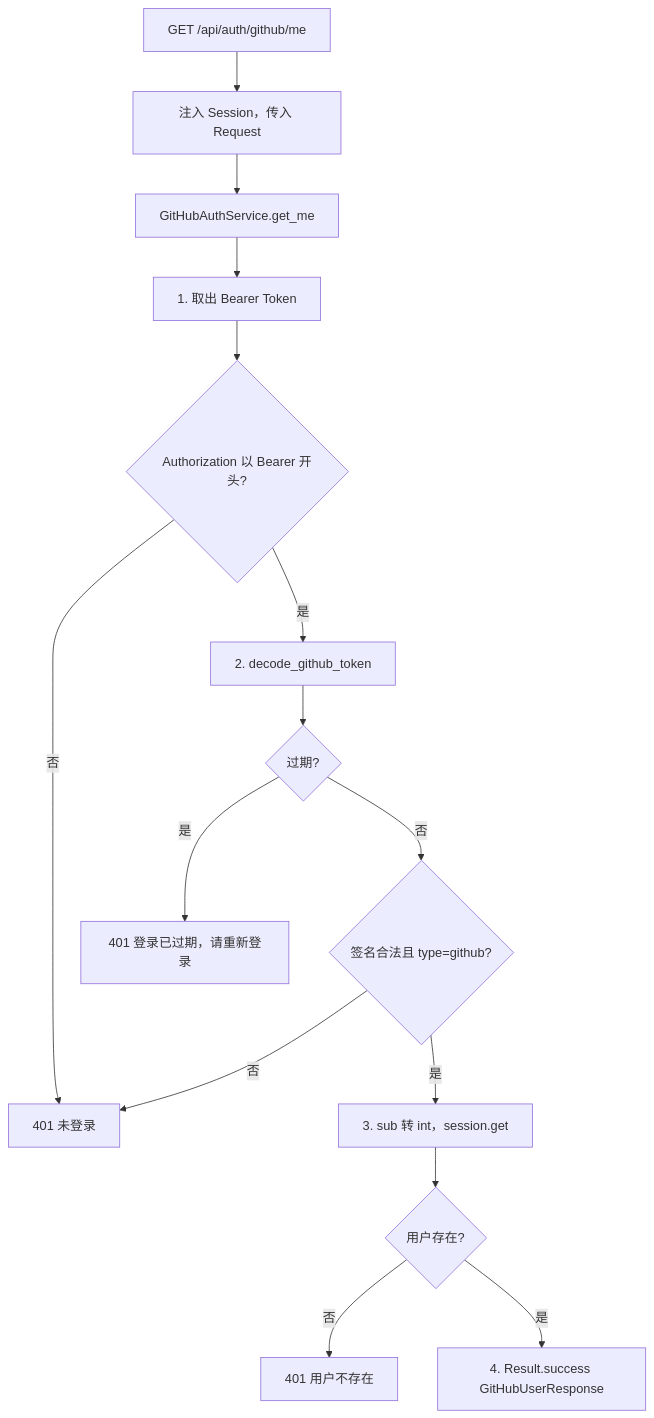
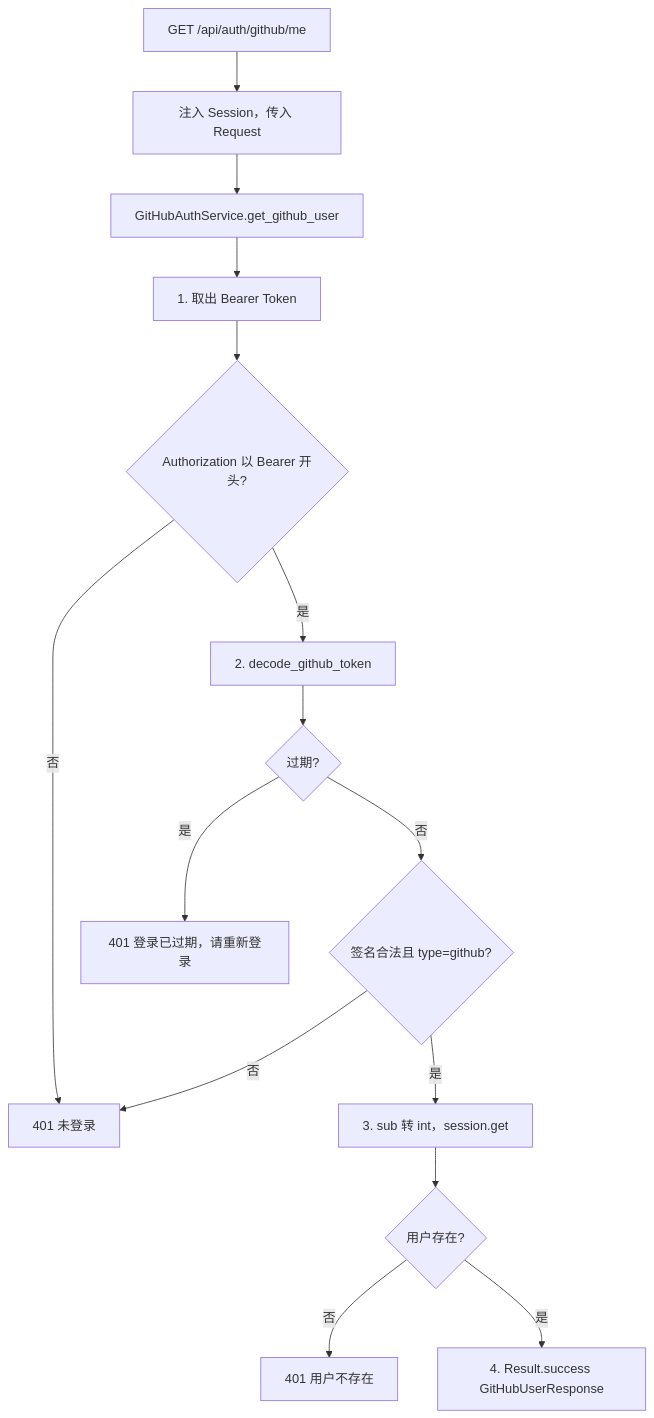
Before and after one commit to kiri225/blog: the third of 4 diagrams in docs/modules/04-GitHub-OAuth.md, drawn with Mermaid. The commit also changed other lines of this file and 3 other files, not shown here.

First line of the commit message:
refactor(github-auth): 补齐步骤注释并改用 requests 调 GitHub

````diff
--- a/docs/modules/04-GitHub-OAuth.md
+++ b/docs/modules/04-GitHub-OAuth.md
@@ -236,17 +239,17 @@
 ```mermaid
 flowchart TD
     A["GET /api/auth/github/me"] --> B["注入 Session，传入 Request"]
-    B --> C["GitHubAuthService.get_me"]
+    B --> C["GitHubAuthService.get_github_user"]
     C --> D["1. 取出 Bearer Token"]
     D --> E{"Authorization 以 Bearer 开头?"}
     E -->|否| F["401 未登录"]
     E -->|是| G["2. decode_github_token"]
     G --> H{"过期?"}
     H -->|是| I["401 登录已过期，请重新登录"]
     H -->|否| J{"签名合法且 type=github?"}
     J -->|否| F
     J -->|是| K["3. sub 转 int，session.get"]
     K --> L{"用户存在?"}
     L -->|否| M["401 用户不存在"]
     L -->|是| N["4. Result.success GitHubUserResponse"]
 ```
````
